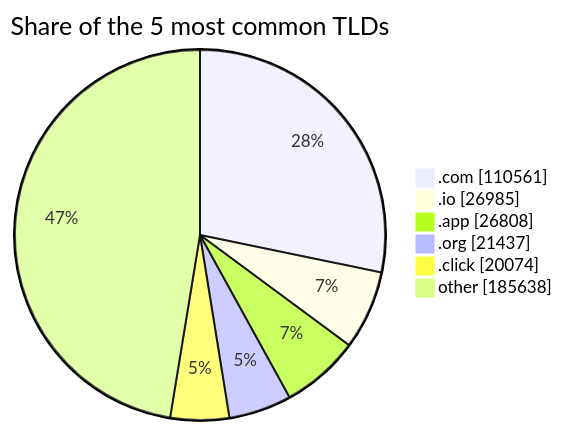
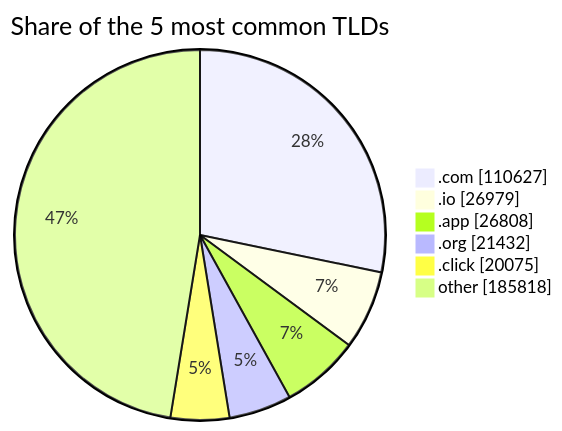
The third of 3 diagrams in README.md (DNSBunker/CTI), drawn with Mermaid before and after one commit. The commit also changed other lines of this file and 3 other files, not shown here.

````diff
--- a/README.md
+++ b/README.md
@@ -81,9 +81,9 @@
 ```mermaid
 pie showData title Share of the 5 most common TLDs
-    ".com" : 110561
-    ".io" : 26985
+    ".com" : 110627
+    ".io" : 26979
     ".app" : 26808
-    ".org" : 21437
-    ".click" : 20074
-    "other" : 185638
+    ".org" : 21432
+    ".click" : 20075
+    "other" : 185818
 ```
````
